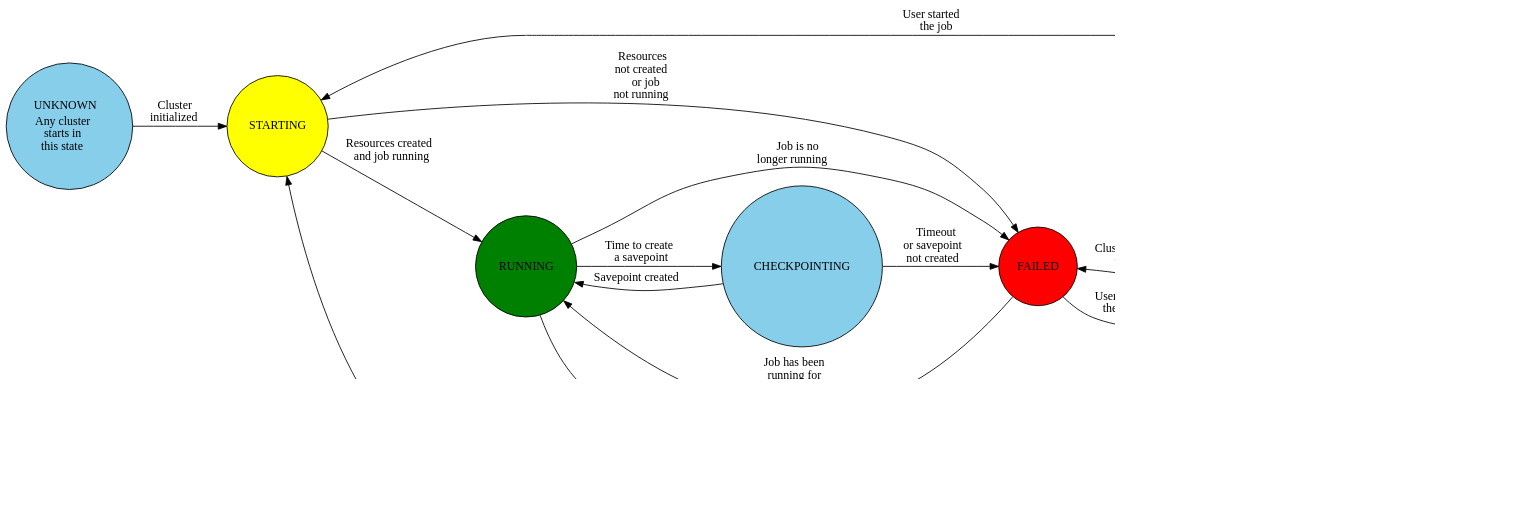
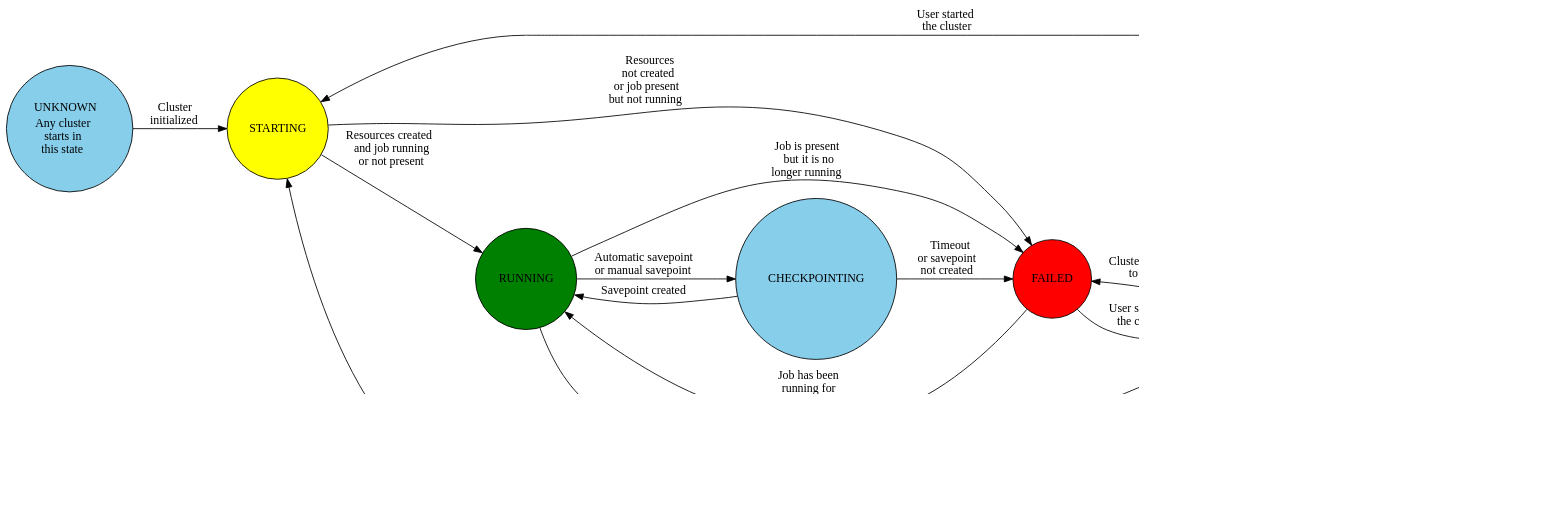
The diagram in graphs/flink-cluster-status.dot (nextbreakpoint/flink-k8s-toolbox), drawn with Graphviz before and after one commit. The commit also changed 53 other files, not shown here.

Commit message:
support manual savepoint, remove old code, make job optional, update graph and readme

```diff
--- a/graphs/flink-cluster-status.dot
+++ b/graphs/flink-cluster-status.dot
@@ -1,134 +1,134 @@
 digraph state_machine {
   graph [autosize=false, resolution=100];
   center=true;
   margin=0;
   rankdir=LR;
   node [shape=circle, style="filled", fillcolor=skyblue];
   UNKNOWN [ label = <
       <TABLE ALIGN="LEFT" BORDER="0" CELLBORDER="0" CELLSPACING="0">
           <TR>
               <TD>UNKNOWN</TD>
           </TR>
           <TR>
               <TD>Any cluster<BR/>starts in<BR/>this state</TD>
           </TR>
       </TABLE>
   > ];
   UNKNOWN -> STARTING [ label = <
       <TABLE ALIGN="LEFT" BORDER="0" CELLBORDER="0" CELLSPACING="0">
           <TR>
               <TD>Cluster<BR/>initialized</TD>
           </TR>
       </TABLE>
   > ];
   STARTING -> RUNNING [ label = <
       <TABLE ALIGN="LEFT" BORDER="0" CELLBORDER="0" CELLSPACING="0">
           <TR>
-              <TD>Resources created<BR/>and job running</TD>
+              <TD>Resources created<BR/>and job running<BR/>or not present</TD>
           </TR>
       </TABLE>
   > ];
   STARTING -> FAILED [ label = <
       <TABLE ALIGN="LEFT" BORDER="0" CELLBORDER="0" CELLSPACING="0">
           <TR>
-              <TD>Resources<BR/>not created<BR/>or job<BR/>not running</TD>
+              <TD>Resources<BR/>not created<BR/>or job present<BR/>but not running</TD>
           </TR>
       </TABLE>
   > ];
   RUNNING -> CHECKPOINTING [ label = <
       <TABLE ALIGN="LEFT" BORDER="0" CELLBORDER="0" CELLSPACING="0">
           <TR>
-              <TD>Time to create<BR/>a savepoint</TD>
+              <TD>Automatic savepoint<BR/>or manual savepoint</TD>
           </TR>
       </TABLE>
   > ];
   RUNNING -> FAILED [ label = <
       <TABLE ALIGN="LEFT" BORDER="0" CELLBORDER="0" CELLSPACING="0">
           <TR>
-              <TD>Job is no<BR/>longer running</TD>
+              <TD>Job is present<BR/>but it is no<BR/>longer running</TD>
           </TR>
       </TABLE>
   > ];
   RUNNING -> STOPPING [ label = <
       <TABLE ALIGN="LEFT" BORDER="0" CELLBORDER="0" CELLSPACING="0">
           <TR>
-              <TD>User stopped<BR/>the cluster<BR/>or the job</TD>
+              <TD>User stopped<BR/>the cluster</TD>
           </TR>
       </TABLE>
   > ];
   STOPPING -> SUSPENDED [ label = <
       <TABLE ALIGN="LEFT" BORDER="0" CELLBORDER="0" CELLSPACING="0">
           <TR>
-              <TD>User stopped<BR/>the job</TD>
+              <TD>User stopped<BR/>the cluster<BR/>but didn't ask to<BR/>delete resources</TD>
           </TR>
       </TABLE>
   > ];
   STOPPING -> TERMINATED [ label = <
       <TABLE ALIGN="LEFT" BORDER="0" CELLBORDER="0" CELLSPACING="0">
           <TR>
-              <TD>User stopped<BR/>the cluster</TD>
+              <TD>User stopped<BR/>the cluster<BR/>and asked to<BR/>delete resources</TD>
           </TR>
       </TABLE>
   > ];
   STOPPING -> FAILED [ label = <
       <TABLE ALIGN="LEFT" BORDER="0" CELLBORDER="0" CELLSPACING="0">
           <TR>
               <TD>Cluster failed<BR/>to stop</TD>
           </TR>
       </TABLE>
   > ];
   CHECKPOINTING -> RUNNING [ label = <
       <TABLE ALIGN="LEFT" BORDER="0" CELLBORDER="0" CELLSPACING="0">
           <TR>
               <TD>Savepoint created</TD>
           </TR>
       </TABLE>
   > ];
   CHECKPOINTING -> FAILED [ label = <
       <TABLE ALIGN="LEFT" BORDER="0" CELLBORDER="0" CELLSPACING="0">
           <TR>
               <TD>Timeout<BR/>or savepoint<BR/>not created</TD>
           </TR>
       </TABLE>
   > ];
   SUSPENDED -> STARTING [ label = <
       <TABLE ALIGN="LEFT" BORDER="0" CELLBORDER="0" CELLSPACING="0">
           <TR>
-              <TD>User started<BR/>the job</TD>
+              <TD>User started<BR/>the cluster</TD>
           </TR>
       </TABLE>
   > ];
   SUSPENDED -> STOPPING [ label = <
       <TABLE ALIGN="LEFT" BORDER="0" CELLBORDER="0" CELLSPACING="0">
           <TR>
-              <TD>User stopped<BR/>the cluster</TD>
+              <TD>User stopped<BR/>the cluster<BR/>and asked to<BR/>delete resources</TD>
           </TR>
       </TABLE>
   > ];
   TERMINATED -> STARTING [ label = <
       <TABLE ALIGN="LEFT" BORDER="0" CELLBORDER="0" CELLSPACING="0">
           <TR>
-              <TD>User started<BR/>the cluster<BR/>or the job</TD>
+              <TD>User started<BR/>the cluster</TD>
           </TR>
       </TABLE>
   > ];
   FAILED -> STOPPING [ label = <
       <TABLE ALIGN="LEFT" BORDER="0" CELLBORDER="0" CELLSPACING="0">
           <TR>
               <TD>User stopped<BR/>the cluster</TD>
           </TR>
       </TABLE>
   > ];
   FAILED -> RUNNING [ label = <
       <TABLE ALIGN="LEFT" BORDER="0" CELLBORDER="0" CELLSPACING="0">
           <TR>
               <TD>Job has been<BR/>running for<BR/>a while</TD>
           </TR>
       </TABLE>
   > ];
   STOPPING [ fillcolor=yellow ];
   STARTING [ fillcolor=yellow ];
   RUNNING [ fillcolor=green ];
   FAILED [ fillcolor=red ];
   CHECKPOINTING [ fillcolor=skyblue ];
 }
```
